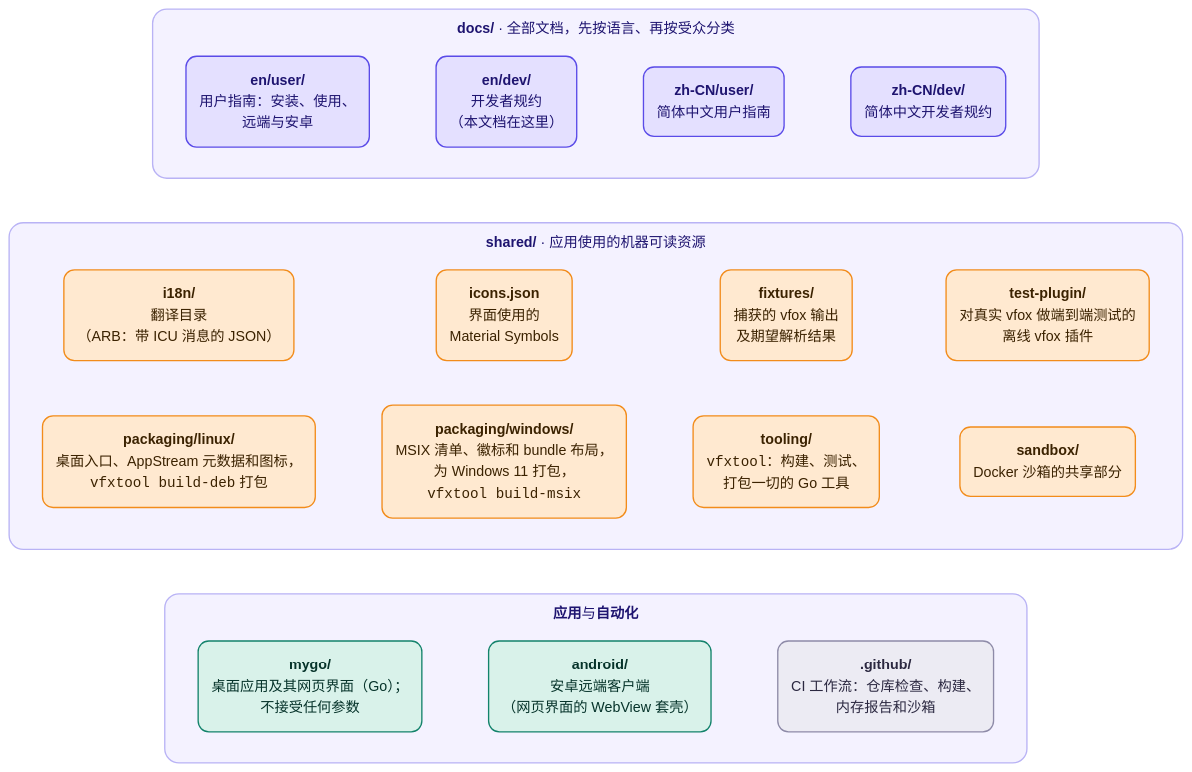
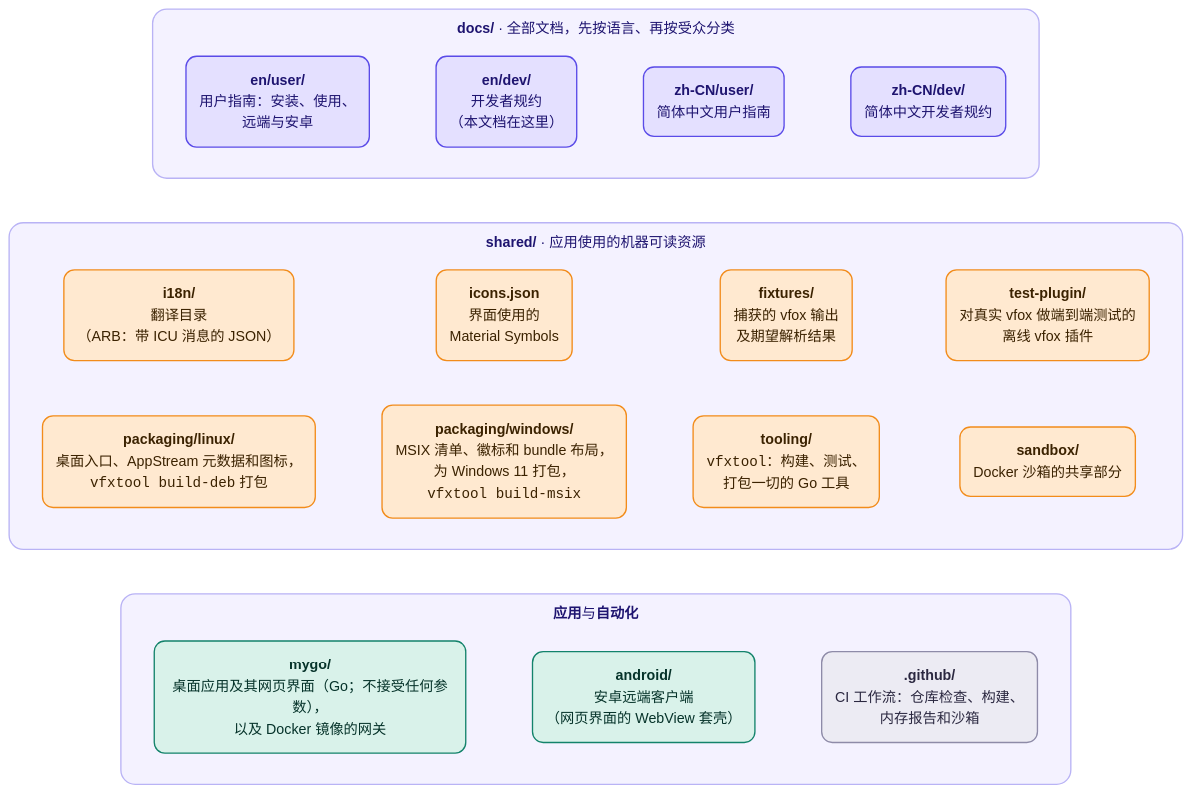
The first of 5 diagrams in docs/zh-CN/dev/architecture.md (version-fox/vfox-plus), drawn with Mermaid before and after one commit. The commit also changed other lines of this file and 13 other files, not shown here.

````diff
--- a/docs/zh-CN/dev/architecture.md
+++ b/docs/zh-CN/dev/architecture.md
@@ -12,51 +12,51 @@
 ```mermaid
 ---
 config:
   theme: base
   themeVariables:
     fontFamily: "system-ui, -apple-system, 'Segoe UI', 'Noto Sans', 'Noto Sans CJK SC', 'PingFang SC', 'Microsoft YaHei', sans-serif"
     lineColor: "#7C79A8"
     primaryColor: "#FFE9D0"
     primaryBorderColor: "#F28C1B"
     primaryTextColor: "#3B2200"
     clusterBkg: "#F4F2FF"
     clusterBorder: "#B9B3F5"
     titleColor: "#1E1470"
     edgeLabelBackground: "#FFFFFF"
   flowchart:
     curve: basis
     wrappingWidth: 320
     subGraphTitleMargin:
       top: 10
       bottom: 8
 ---
 flowchart TB
     accTitle: 仓库布局
-    accDescr: docs 存放文档，shared 存放应用使用的资源，mygo 与 android 是应用，.github 是 CI 工作流。
+    accDescr: docs 存放文档，shared 存放应用使用的资源，mygo 是应用和 Docker 镜像的网关，android 是安卓客户端，.github 是 CI 工作流。
     subgraph docs["<b>docs/</b> · 全部文档，先按语言、再按受众分类"]
         direction LR
         d1("<b>en/user/</b><br/>用户指南：安装、使用、<br/>远端与安卓") ~~~ d2("<b>en/dev/</b><br/>开发者规约<br/>（本文档在这里）") ~~~ d3("<b>zh-CN/user/</b><br/>简体中文用户指南") ~~~ d4("<b>zh-CN/dev/</b><br/>简体中文开发者规约")
     end
     subgraph shared["<b>shared/</b> · 应用使用的机器可读资源"]
         direction LR
         s1("<b>i18n/</b><br/>翻译目录<br/>（ARB：带 ICU 消息的 JSON）") ~~~ s2("<b>icons.json</b><br/>界面使用的<br/>Material Symbols") ~~~ s3("<b>fixtures/</b><br/>捕获的 vfox 输出<br/>及期望解析结果") ~~~ s4("<b>test-plugin/</b><br/>对真实 vfox 做端到端测试的<br/>离线 vfox 插件")
         s5("<b>packaging/linux/</b><br/>桌面入口、AppStream 元数据和图标，<br/><code>vfxtool build-deb</code> 打包") ~~~ s6("<b>packaging/windows/</b><br/>MSIX 清单、徽标和 bundle 布局，<br/>为 Windows 11 打包，<br/><code>vfxtool build-msix</code>") ~~~ s7("<b>tooling/</b><br/><code>vfxtool</code>：构建、测试、<br/>打包一切的 Go 工具") ~~~ s8("<b>sandbox/</b><br/>Docker 沙箱的共享部分")
     end
     subgraph code["<b>应用</b>与<b>自动化</b>"]
         direction LR
-        m("<b>mygo/</b><br/>桌面应用及其网页界面（Go）；<br/>不接受任何参数") ~~~ a("<b>android/</b><br/>安卓远端客户端<br/>（网页界面的 WebView 套壳）") ~~~ g("<b>.github/</b><br/>CI 工作流：仓库检查、构建、<br/>内存报告和沙箱")
+        m("<b>mygo/</b><br/>桌面应用及其网页界面（Go；不接受任何参数），<br/>以及 Docker 镜像的网关") ~~~ a("<b>android/</b><br/>安卓远端客户端<br/>（网页界面的 WebView 套壳）") ~~~ g("<b>.github/</b><br/>CI 工作流：仓库检查、构建、<br/>内存报告和沙箱")
     end
     docs ~~~ shared ~~~ code
 
     classDef docs fill:#E4E0FF,stroke:#5A4BE8,color:#1E1470,stroke-width:1.5px,rx:12,ry:12
     classDef shared fill:#FFE9D0,stroke:#F28C1B,color:#3B2200,stroke-width:1.5px,rx:12,ry:12
     classDef app fill:#D9F2EA,stroke:#13836B,color:#06332A,stroke-width:1.5px,rx:12,ry:12
     classDef ci fill:#ECEBF3,stroke:#8E8BA8,color:#2B2840,stroke-width:1.5px,rx:12,ry:12
     class d1,d2,d3,d4 docs
     class s1,s2,s3,s4,s5,s6,s7,s8 shared
     class m,a app
     class g ci
     style docs fill:#F4F2FF,stroke:#B9B3F5,stroke-width:1.5px,rx:16,ry:16
     style shared fill:#F4F2FF,stroke:#B9B3F5,stroke-width:1.5px,rx:16,ry:16
     style code fill:#F4F2FF,stroke:#B9B3F5,stroke-width:1.5px,rx:16,ry:16
 ```
````
